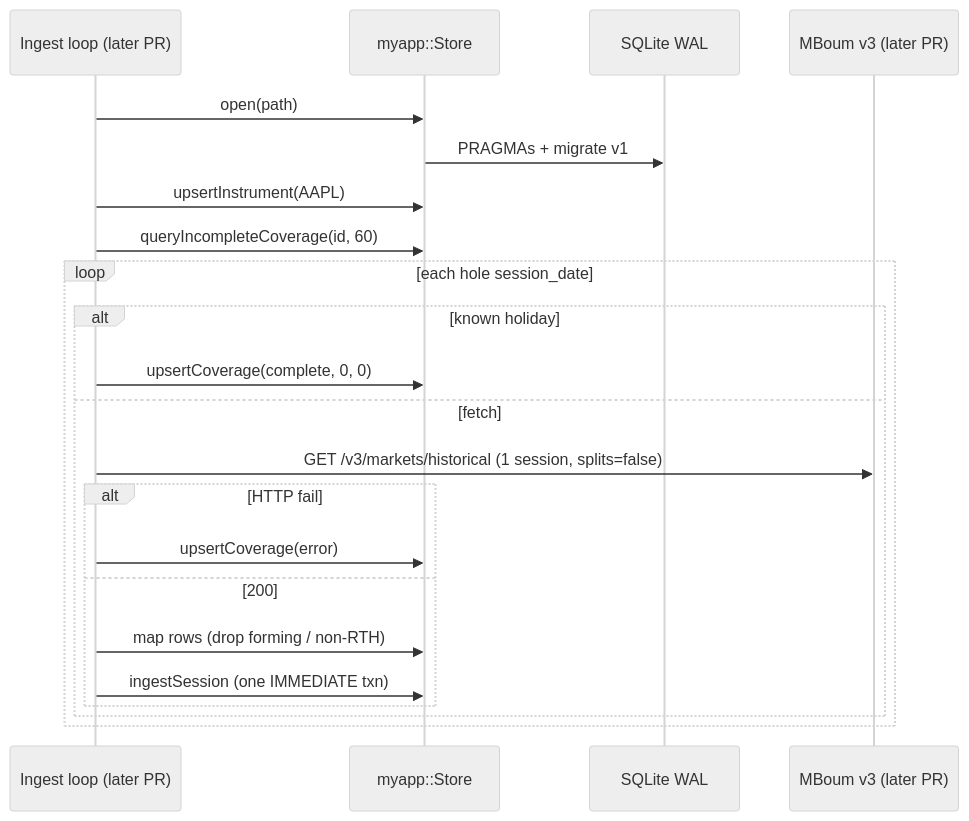
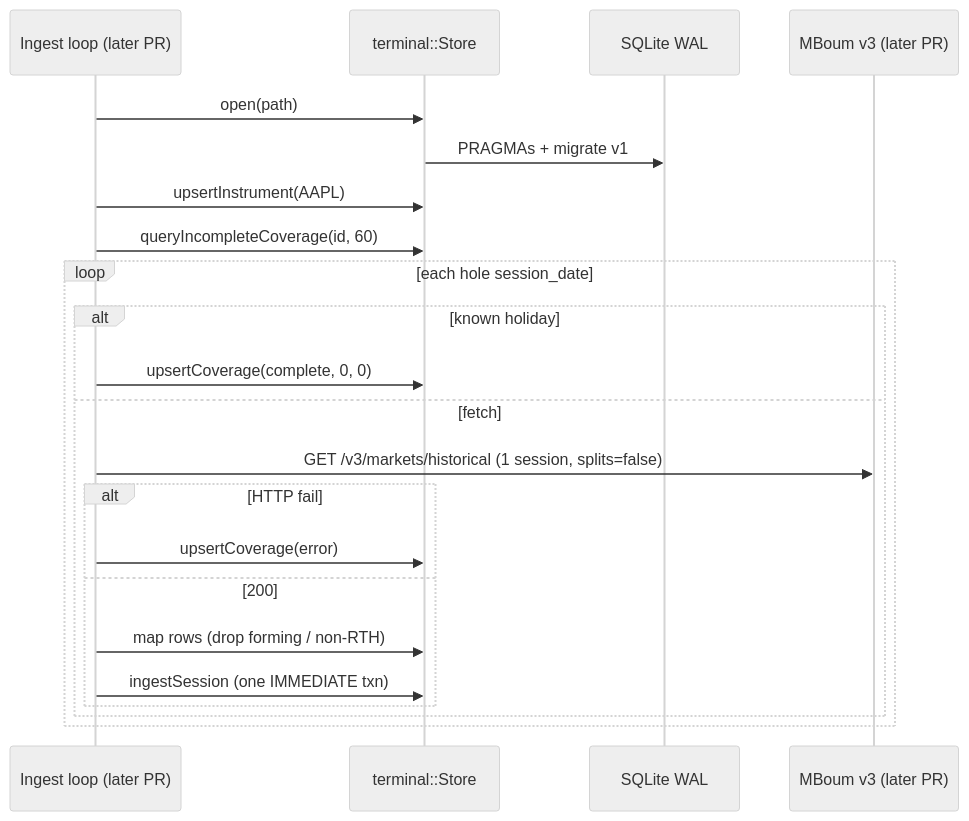
Before and after one commit to CyN1ckal/CyNickal-Software-Terminal: the second of 4 diagrams in docs/market-data-store.md, drawn with Mermaid (neutral theme). The commit also changed other lines of this file and 76 other files, not shown here.

````diff
--- a/docs/market-data-store.md
+++ b/docs/market-data-store.md
@@ -458,25 +458,25 @@
 ```mermaid
 sequenceDiagram
   participant Ingest as Ingest loop (later PR)
-  participant Store as myapp::Store
+  participant Store as terminal::Store
   participant DB as SQLite WAL
   participant API as MBoum v3 (later PR)
 
   Ingest->>Store: open(path)
   Store->>DB: PRAGMAs + migrate v1
   Ingest->>Store: upsertInstrument(AAPL)
   Ingest->>Store: queryIncompleteCoverage(id, 60)
   loop each hole session_date
     alt known holiday
       Ingest->>Store: upsertCoverage(complete, 0, 0)
     else fetch
       Ingest->>API: GET /v3/markets/historical (1 session, splits=false)
       alt HTTP fail
         Ingest->>Store: upsertCoverage(error)
       else 200
           Ingest->>Store: map rows (drop forming / non-RTH)
         Ingest->>Store: ingestSession (one IMMEDIATE txn)
       end
     end
   end
 ```
````
